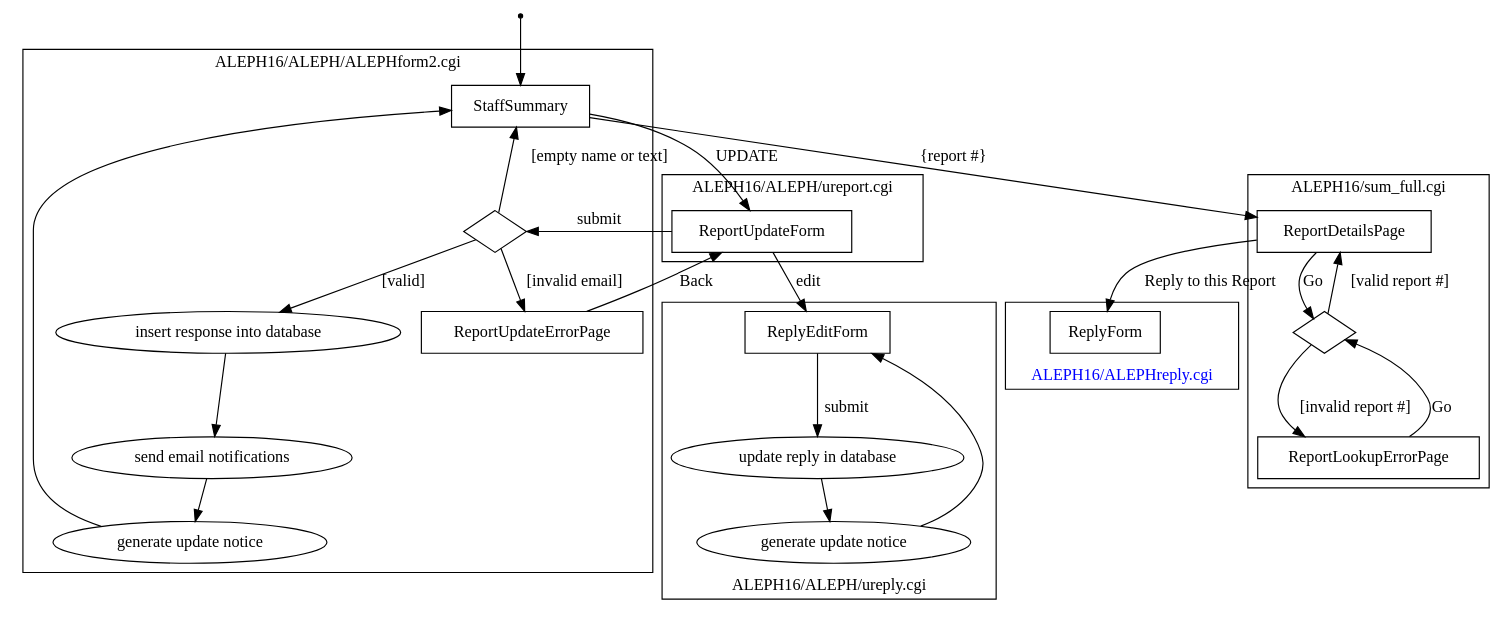
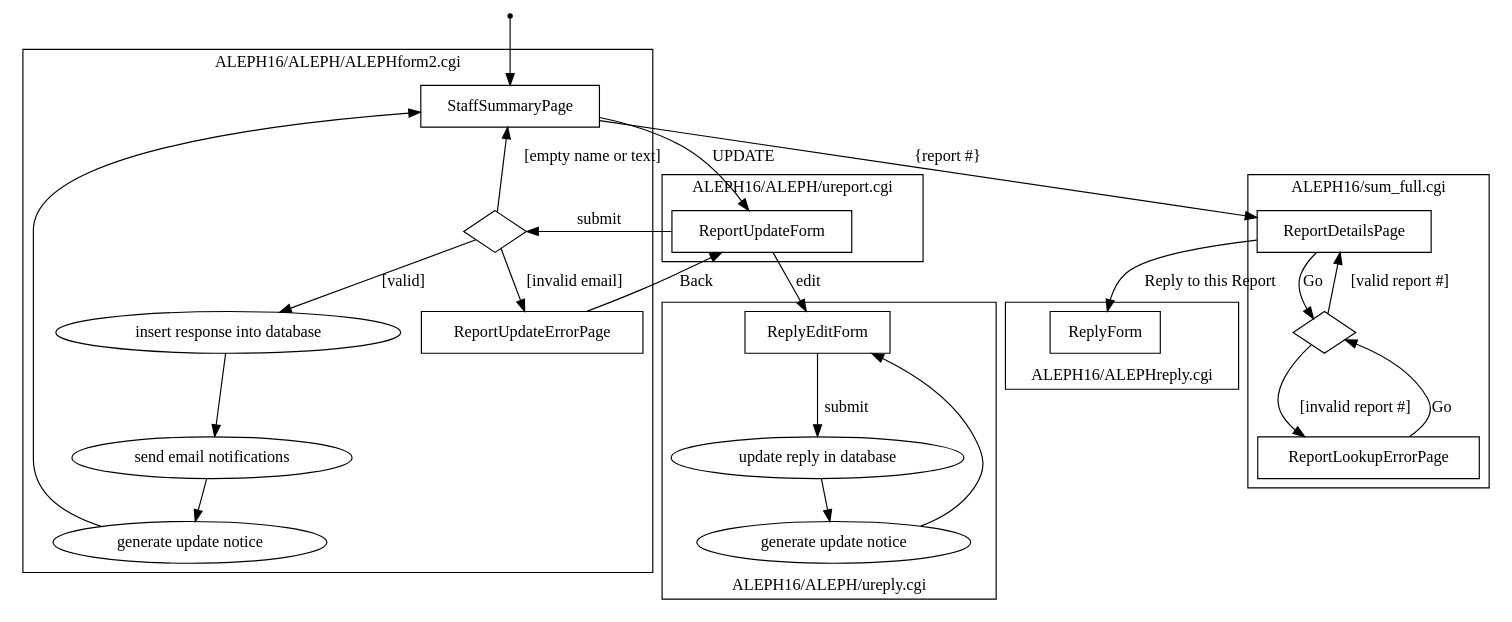
Before and after one commit to umd-lib/alephrx: the diagram in docs/staffresponse.dot, drawn with Graphviz. The commit also changed 3 other files, not shown here.

First line of the commit message:
LIBILS-30: Added user reply flow diagram.

```diff
--- a/docs/staffresponse.dot
+++ b/docs/staffresponse.dot
@@ -1,97 +1,94 @@
 // The AlephRx staff response and report updating process.
 
 digraph {
     // pages
     node [
         shape = rect
     ]
-    StaffSummary
+    StaffSummaryPage
     ReportUpdateErrorPage
     ReportUpdateForm
     ReplyEditForm
     ReplyForm
     ReportDetailsPage
     ReportLookupErrorPage
 
     // processes
     node [
         shape = ellipse
     ]
     insert_response [ label = "insert response into database" ]
     send_email [ label = "send email notifications" ]
     generate_report_update_notice [ label = "generate update notice" ]
     generate_reply_update_notice [ label = "generate update notice" ]
     update_reply [ label = "update reply in database" ]
 
     // error checking
     node [
         shape = diamond
         label = ""
     ]
     validate_response
     validate_report_number
 
     // set the starting page
     start [ shape = point ]
-    start -> StaffSummary
+    start -> StaffSummaryPage
 
     // application flow
-    StaffSummary -> ReportUpdateForm [ label = "UPDATE" ]
+    StaffSummaryPage -> ReportUpdateForm [ label = "UPDATE" ]
     ReportUpdateForm -> validate_response [ label = "submit" ]
     validate_response -> insert_response [ label = "[valid]" ]
     validate_response -> ReportUpdateErrorPage [ label = "[invalid email]" ]
     ReportUpdateErrorPage -> ReportUpdateForm [ label = "Back" ]
-    validate_response -> StaffSummary [ label = "[empty name or text]" ]
+    validate_response -> StaffSummaryPage [ label = "[empty name or text]" ]
     insert_response -> send_email
     send_email -> generate_report_update_notice
-    generate_report_update_notice -> StaffSummary
+    generate_report_update_notice -> StaffSummaryPage
     
-    StaffSummary -> ReportDetailsPage [ label = "{report #}" ]
+    StaffSummaryPage -> ReportDetailsPage [ label = "{report #}" ]
     ReportDetailsPage -> validate_report_number [ label = "Go" ]
     validate_report_number -> ReportLookupErrorPage [ label = "[invalid report #]" ]
     ReportLookupErrorPage -> validate_report_number [ label = "Go" ]
     validate_report_number -> ReportDetailsPage [ label = "[valid report #]" ]
     ReportDetailsPage -> ReplyForm [ label = "Reply to this Report" ]
 
     ReportUpdateForm -> ReplyEditForm [ label = "edit" ]
     ReplyEditForm -> update_reply [ label = "submit" ]
     update_reply -> generate_reply_update_notice
     generate_reply_update_notice -> ReplyEditForm
     
     // group the pages and processes by which script handles them
     subgraph cluster_0 {
         label = "ALEPH16/ALEPH/ALEPHform2.cgi"
         // use rank = min to ensure this page is at the top of the diagram
-        { rank = min; StaffSummary }
+        { rank = min; StaffSummaryPage }
         ReportUpdateErrorPage
         validate_response
         insert_response
         send_email
         generate_report_update_notice
     }
     subgraph cluster_1 {
         label = "ALEPH16/ALEPH/ureport.cgi"
         ReportUpdateForm
     }
     subgraph cluster_2 {
         label = "ALEPH16/ALEPH/ureply.cgi"
         labelloc = b
         ReplyEditForm
         update_reply
         generate_reply_update_notice
     }
     subgraph cluster_3 {
         label = "ALEPH16/sum_full.cgi"
         ReportDetailsPage
         validate_report_number
         ReportLookupErrorPage
     }
     subgraph cluster_4 {
         label = "ALEPH16/ALEPHreply.cgi"
         labelloc = b
-        // to link between diagrams
-        URL = "submit.svg#ALEPHreply.cgi"
-        fontcolor = blue
         ReplyForm
     }
 }
```
